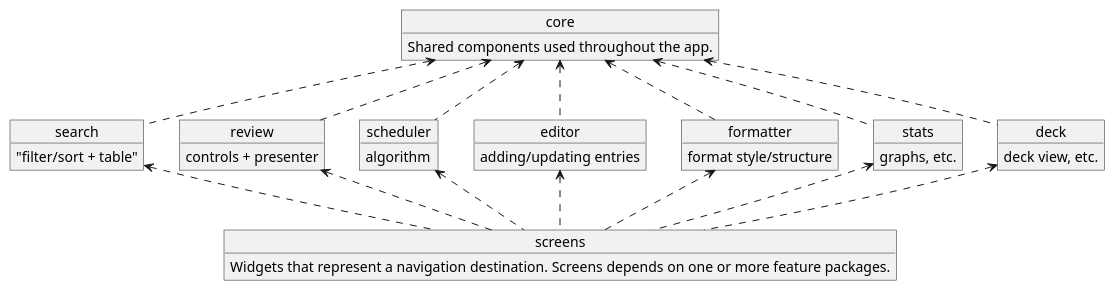
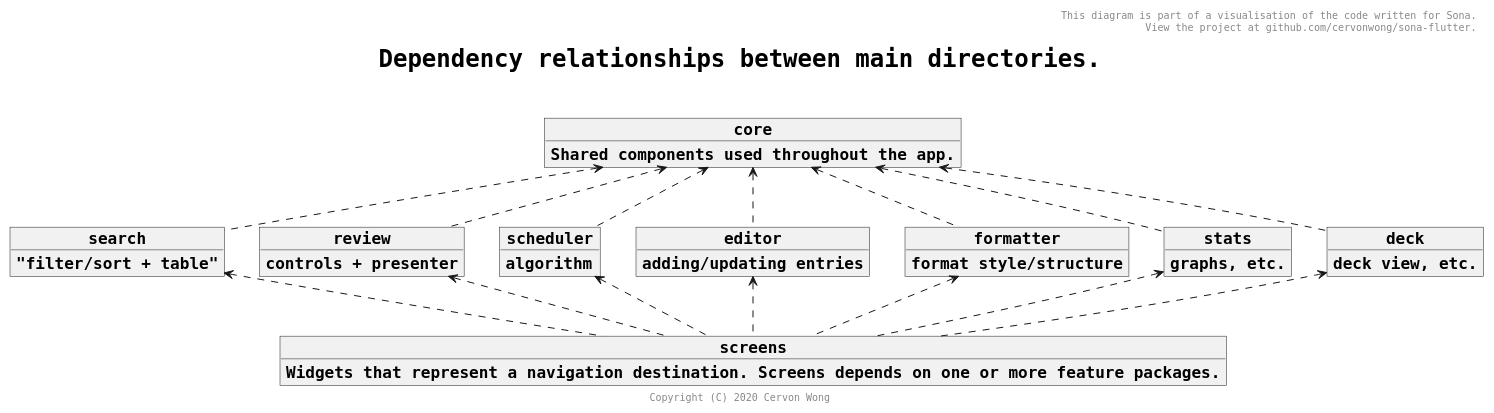
One commit to cervonwong/sona-flutter changed the diagram in puml/core_features_screens.puml. Above: the diagram before and after it, drawn with PlantUML.

Commit message:
Docs(puml): Update to follow new style

```diff
--- a/puml/core_features_screens.puml
+++ b/puml/core_features_screens.puml
@@ -1,53 +1,64 @@
 @startuml
+
+skinparam defaultFontName Monospaced
+skinparam defaultFontSize 16
+skinparam objectFontStyle bold
+skinparam titleFontSize 24
+skinparam titleFontStyle bold
+skinparam shadowing false
+
+header This diagram is part of a visualisation of the code written for Sona.\n View the project at github.com/cervonwong/sona-flutter.
+title Dependency relationships between main directories.\n
+footer Copyright (C) 2020 Cervon Wong
 
 object core {
 	Shared components used throughout the app.
 }
 
 object screens {
 	Widgets that represent a navigation destination. Screens depends on one or more feature packages.
 }
 
 object search {
 	"filter/sort + table"
 }
 search <.. screens
 core <.. search
 
 object review {
 	controls + presenter
 }
 review <.. screens
 core <.. review
 
 object scheduler {
 	algorithm
 }
 scheduler <.. screens
 core <.. scheduler
 
 object editor {
 	adding/updating entries
 }
 editor <.. screens
 core <.. editor
 
 object formatter {
 	format style/structure
 }
 formatter <.. screens
 core <.. formatter
 
 object stats {
 	graphs, etc.
 }
 stats <.. screens
 core <.. stats
 
 object deck {
 	deck view, etc.
 }
 deck <.. screens
 core <.. deck
 
 @enduml
```
